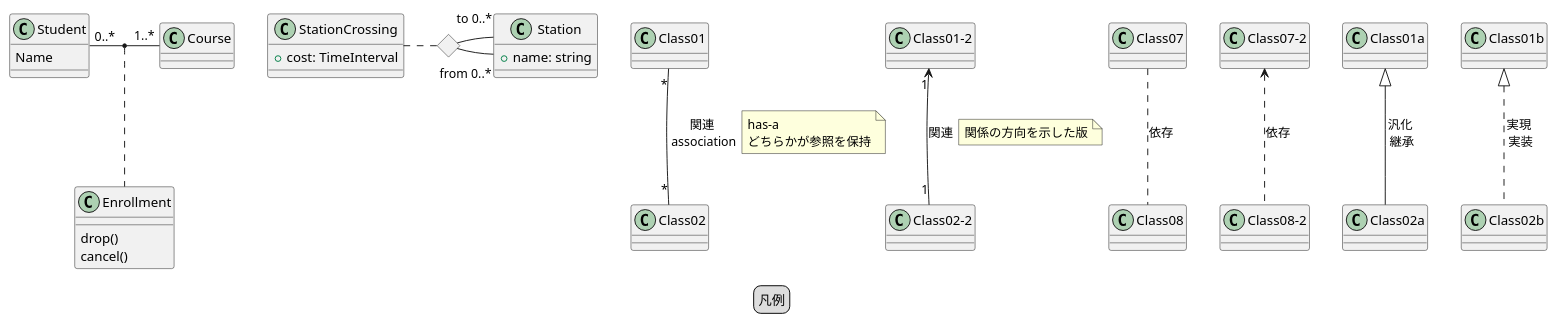
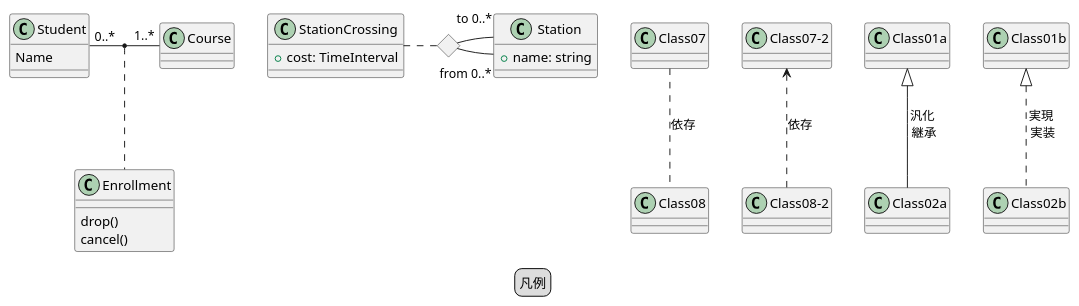
Before and after one commit to peregrin8alde/learn-ossdb-gold: the diagram in site/content/ja/docs/Appendix/uml/class/puml/legend/classe-legends.puml, drawn with PlantUML. The commit also changed 6 other files, not shown here.

```diff
--- a/site/content/ja/docs/Appendix/uml/class/puml/legend/classe-legends.puml
+++ b/site/content/ja/docs/Appendix/uml/class/puml/legend/classe-legends.puml
@@ -1,59 +1,49 @@
 @startuml
 /'
 "Class01" <|-- "Class02"
 "Class03" *-- "Class04"
 "Class05" o-- "Class06"
 "Class07" .. "Class08"
 "Class09" -- "Class10"
 '/
 legend
 凡例
 endlegend
 
-"Class01" "*" -- "*" "Class02" : "関連\n association"
-note right on link
-has-a
-どちらかが参照を保持
-end note
-
-"Class01-2" "1" <-- "1" "Class02-2" : "関連"
-note right on link
-関係の方向を示した版
-end note
 
 
 "Class07" .. "Class08" : "依存"
 "Class07-2" <.. "Class08-2" : "依存"
 "Class01a" <|-- "Class02a" : "汎化\n 継承"
 "Class01b" <|.. "Class02b" : "実現\n 実装"
 
 /'
 関連クラス
 '/
 class Student {
   Name
 }
 Student "0..*" - "1..*" Course
   (Student, Course) .. Enrollment
   class Enrollment {
   drop()
   cancel()
 }
 
 /'
 複数関連
 '/
 class Station {
   +name: string
 }
 class StationCrossing {
   +cost: TimeInterval
 }
 <> diamond
 StationCrossing . diamond
 diamond - "from 0..*" Station
 diamond - "to 0..* " Station
 
 
 
 @enduml
```
